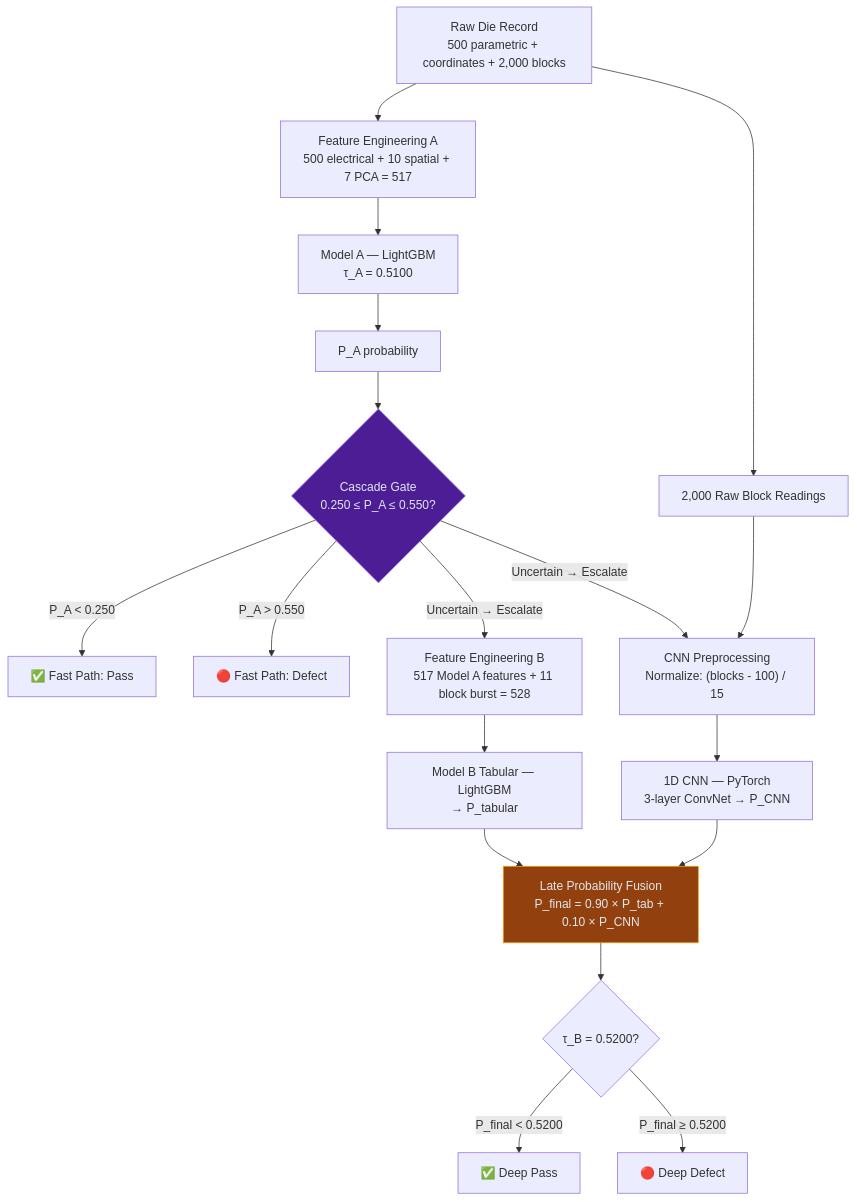
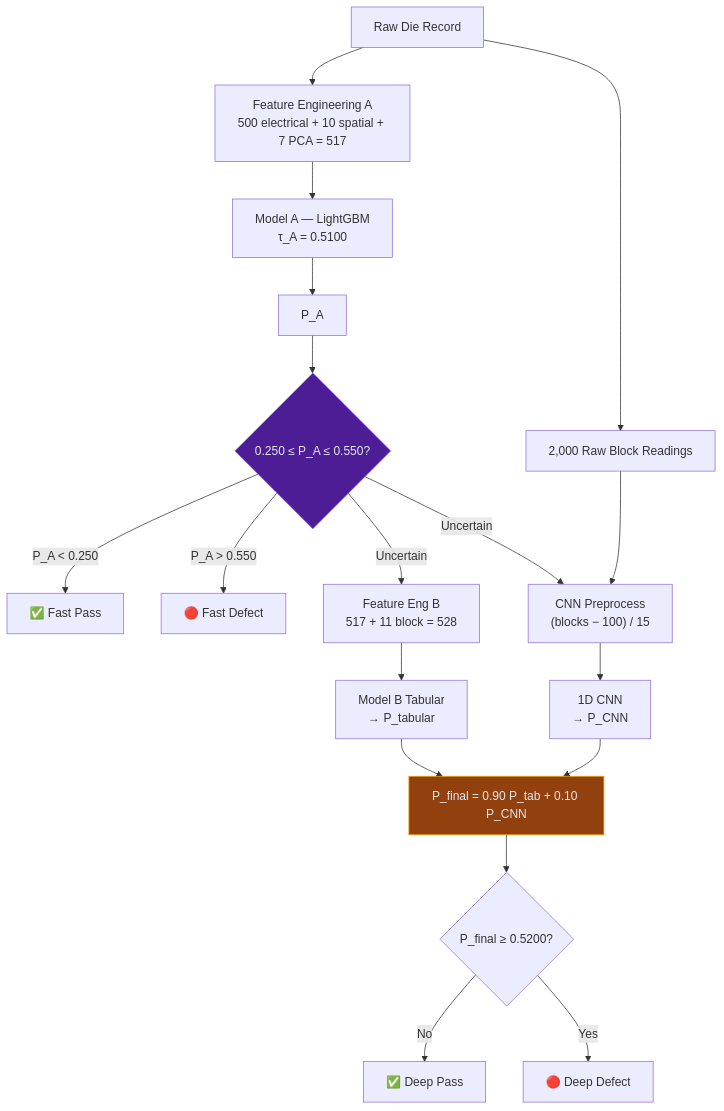
Before and after one commit to TROJAN1HAMMER/sandisk-cerebrum: the second of 4 diagrams in Hackathon Problem - Die Yield Prediction/README.md, drawn with Mermaid. The commit also changed other lines of this file, not shown here.

````diff
--- a/Hackathon Problem - Die Yield Prediction/README.md
+++ b/Hackathon Problem - Die Yield Prediction/README.md
@@ -153,30 +213,29 @@
 ```mermaid
 flowchart TD
-    DIE["Raw Die Record<br/>500 parametric + coordinates + 2,000 blocks"] --> FE_A["Feature Engineering A<br/>500 electrical + 10 spatial + 7 PCA = 517"]
-    DIE --> BLOCKS["2,000 Raw Block Readings"]
+    DIE["Raw Die Record"] --> FE_A["Feature Engineering A\n500 electrical + 10 spatial + 7 PCA = 517"]
+    DIE --> BLK["2,000 Raw Block Readings"]
 
-    FE_A --> MODEL_A["Model A — LightGBM<br/>τ_A = 0.5100"]
-    MODEL_A --> PA["P_A probability"]
+    FE_A --> MODEL_A["Model A — LightGBM\nτ_A = 0.5100"]
+    MODEL_A --> PA["P_A"]
 
-    PA --> GATE_CHECK{"Cascade Gate<br/>0.250 ≤ P_A ≤ 0.550?"}
+    PA --> GATE{"0.250 ≤ P_A ≤ 0.550?"}
 
-    GATE_CHECK -->|"P_A < 0.250"| PASS_FAST["✅ Fast Path: Pass"]
-    GATE_CHECK -->|"P_A > 0.550"| FAIL_FAST["🔴 Fast Path: Defect"]
+    GATE -->|"P_A < 0.250"| PASS_F["✅ Fast Pass"]
+    GATE -->|"P_A > 0.550"| FAIL_F["🔴 Fast Defect"]
+    GATE -->|"Uncertain"| FE_B["Feature Eng B\n517 + 11 block = 528"]
+    GATE -->|"Uncertain"| CNN_P["CNN Preprocess\n(blocks − 100) / 15"]
 
-    GATE_CHECK -->|"Uncertain → Escalate"| FE_B["Feature Engineering B<br/>517 Model A features + 11 block burst = 528"]
-    GATE_CHECK -->|"Uncertain → Escalate"| CNN_PROC["CNN Preprocessing<br/>Normalize: (blocks - 100) / 15"]
+    BLK --> CNN_P
+    FE_B --> MB["Model B Tabular\n→ P_tabular"]
+    CNN_P --> CNN2["1D CNN\n→ P_CNN"]
 
-    FE_B --> MODEL_B["Model B Tabular — LightGBM<br/>→ P_tabular"]
-    CNN_PROC --> CNN["1D CNN — PyTorch<br/>3-layer ConvNet → P_CNN"]
-    BLOCKS --> CNN_PROC
+    MB --> F["P_final = 0.90 P_tab + 0.10 P_CNN"]
+    CNN2 --> F
 
-    MODEL_B --> FUSE["Late Probability Fusion<br/>P_final = 0.90 × P_tab + 0.10 × P_CNN"]
-    CNN --> FUSE
+    F --> T{"P_final ≥ 0.5200?"}
+    T -->|"No"| DP["✅ Deep Pass"]
+    T -->|"Yes"| DD["🔴 Deep Defect"]
 
-    FUSE --> TAU_B{"τ_B = 0.5200?"}
-    TAU_B -->|"P_final < 0.5200"| PASS_DEEP["✅ Deep Pass"]
-    TAU_B -->|"P_final ≥ 0.5200"| FAIL_DEEP["🔴 Deep Defect"]
-
-    style GATE_CHECK fill:#4c1d95,stroke:#8b5cf6,color:#e2e8f0
-    style FUSE fill:#92400e,stroke:#f59e0b,color:#e2e8f0
+    style GATE fill:#4c1d95,stroke:#8b5cf6,color:#e2e8f0
+    style F fill:#92400e,stroke:#f59e0b,color:#e2e8f0
 ```
````
